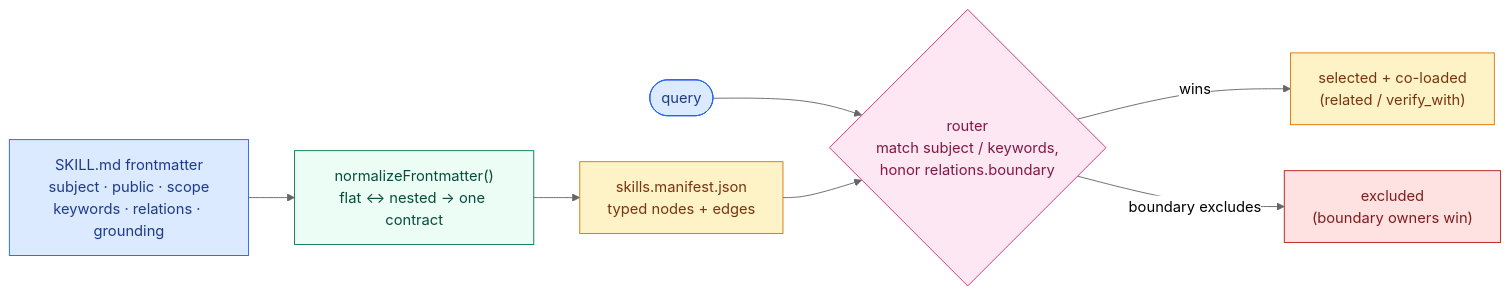
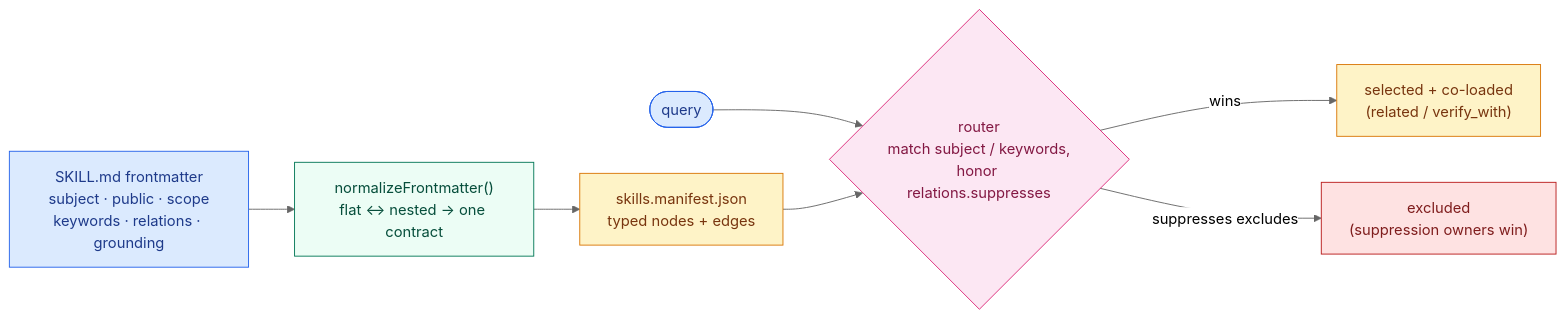
Before and after one commit to jacob-balslev/skill-graph: the diagram in skill-metadata-protocol/README.md, drawn with Mermaid (neutral theme). The commit also changed other lines of this file and 96 other files, not shown here.

````diff
--- a/skill-metadata-protocol/README.md
+++ b/skill-metadata-protocol/README.md
@@ -45,20 +45,20 @@
 ```mermaid
 flowchart LR
   FM["SKILL.md frontmatter<br/>subject · public · scope<br/>keywords · relations · grounding"]:::input
   Norm["normalizeFrontmatter()<br/>flat ↔ nested → one contract"]:::tool
   Man["skills.manifest.json<br/>typed nodes + edges"]:::artifact
   Q(["query"]):::input
-  Route{"router<br/>match subject / keywords,<br/>honor relations.boundary"}:::gate
+  Route{"router<br/>match subject / keywords,<br/>honor relations.suppresses"}:::gate
   Sel["selected + co-loaded<br/>(related / verify_with)"]:::artifact
-  Exc["excluded<br/>(boundary owners win)"]:::err
+  Exc["excluded<br/>(suppression owners win)"]:::err
   FM --> Norm --> Man
   Q --> Route
   Man --> Route
   Route -->|wins| Sel
-  Route -->|boundary excludes| Exc
+  Route -->|suppresses excludes| Exc
   classDef input fill:#dbeafe,stroke:#2563eb,color:#1e3a8a
   classDef tool fill:#ecfdf5,stroke:#047857,color:#064e3b
   classDef gate fill:#fce7f3,stroke:#db2777,color:#831843
   classDef artifact fill:#fef3c7,stroke:#d97706,color:#78350f
   classDef err fill:#fee2e2,stroke:#b91c1c,color:#7f1d1d
 ```
````
